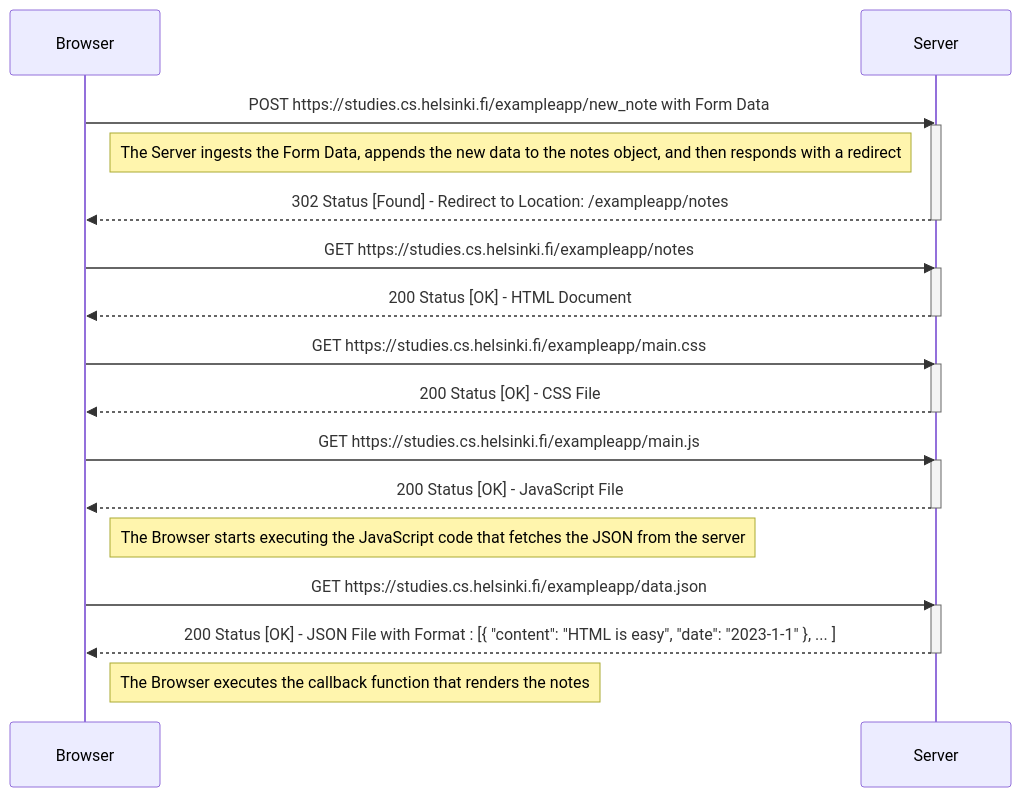
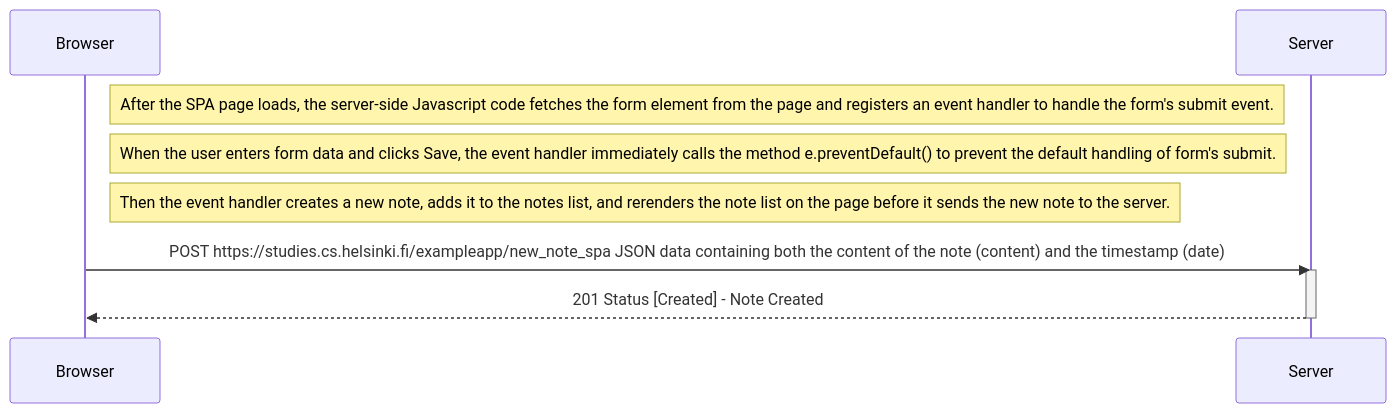
One commit to aspiringVegetarian/fullstackopen changed the diagram in part0/exercise6.md. Above: the diagram before and after it, drawn with Mermaid.

Commit message:
Update exercise6.md
Complete exercise 0.6

````diff
--- a/part0/exercise6.md
+++ b/part0/exercise6.md
@@ -1,35 +1,14 @@
 ```mermaid
 sequenceDiagram
 participant b as Browser
 participant s as Server
 
-b->>s: POST https://studies.cs.helsinki.fi/exampleapp/new_note with Form Data
+Note right of b: After the SPA page loads, the server-side Javascript code fetches the form element from the page and registers an event handler to handle the form's submit event.
+Note right of b: When the user enters form data and clicks Save, the event handler immediately calls the method e.preventDefault() to prevent the default handling of form's submit.
+Note right of b: Then the event handler creates a new note, adds it to the notes list, and rerenders the note list on the page before it sends the new note to the server.
+b->>s: POST https://studies.cs.helsinki.fi/exampleapp/new_note_spa JSON data containing both the content of the note (content) and the timestamp (date)
 activate s
-Note right of b: The Server ingests the Form Data, appends the new data to the notes object, and then responds with a redirect
-s-->>b: 302 Status [Found] - Redirect to Location: /exampleapp/notes
+s-->>b: 201 Status [Created] - Note Created
 deactivate s
 
-b->>s: GET https://studies.cs.helsinki.fi/exampleapp/notes
-activate s
-s-->>b: 200 Status [OK] - HTML Document 
-deactivate s
-
-b->>s: GET https://studies.cs.helsinki.fi/exampleapp/main.css
-activate s
-s-->>b: 200 Status [OK] - CSS File
-deactivate s
-
-b->>s: GET https://studies.cs.helsinki.fi/exampleapp/main.js
-activate s
-s-->>b: 200 Status [OK] - JavaScript File
-deactivate s
-
-Note right of b: The Browser starts executing the JavaScript code that fetches the JSON from the server
-
-b->>s: GET https://studies.cs.helsinki.fi/exampleapp/data.json
-activate s
-s-->>b: 200 Status [OK] - JSON File with Format : [{ "content": "HTML is easy", "date": "2023-1-1" }, ... ]
-deactivate s
-
-Note right of b: The Browser executes the callback function that renders the notes
 ```
````
